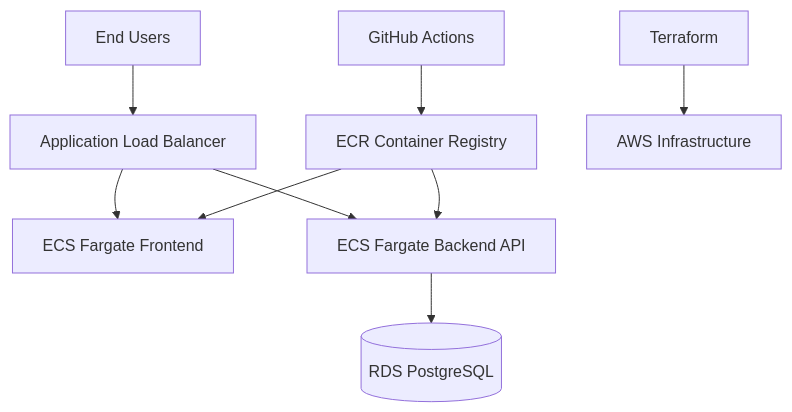
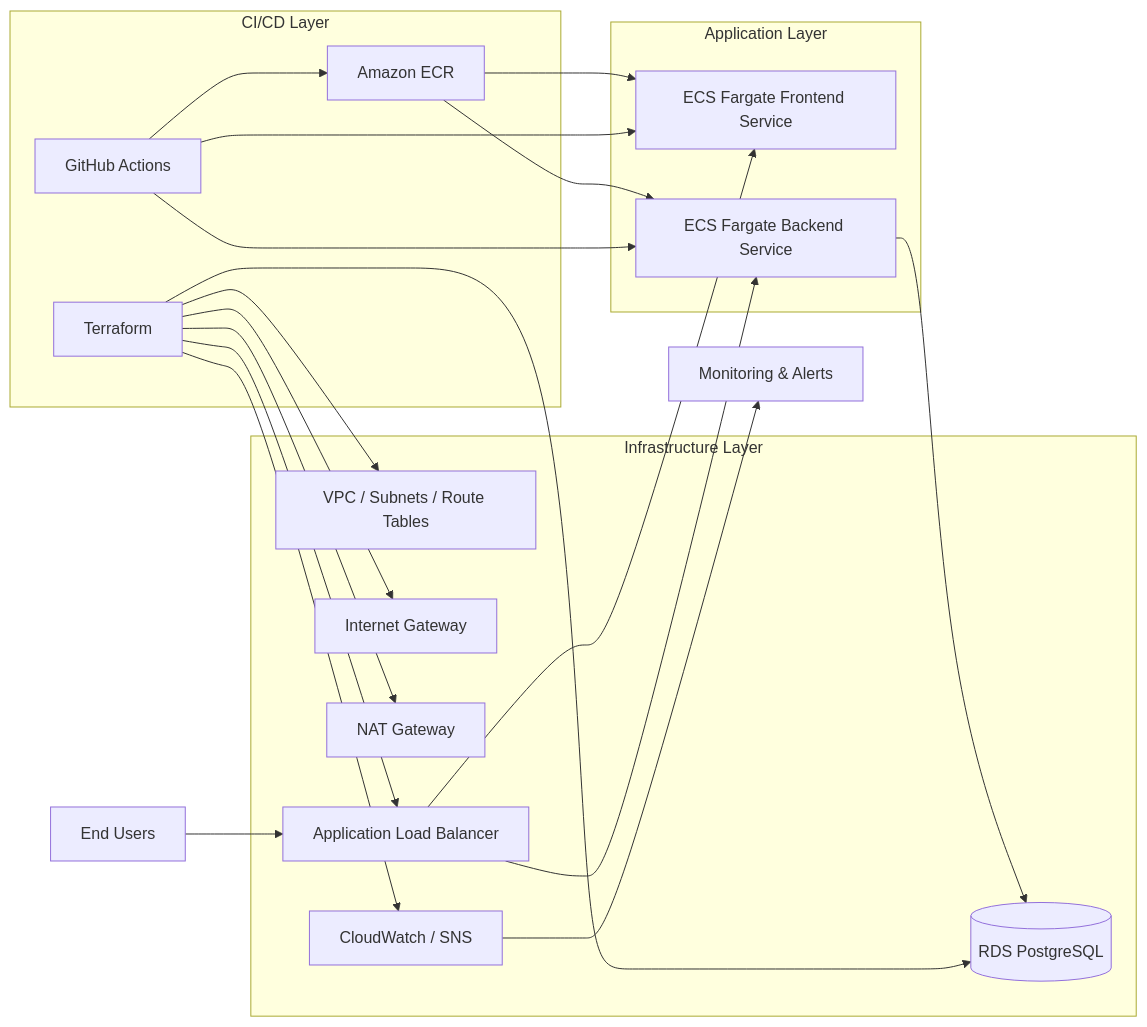
Before and after one commit to razkinbond/aws-devops-assessment: the diagram in README.md, drawn with Mermaid. The commit also changed other lines of this file and 2 other files, not shown here.

````diff
--- a/README.md
+++ b/README.md
@@ -23,11 +25,39 @@
 ```mermaid
-flowchart TD
-    User[End Users] --> ALB[Application Load Balancer]
-    ALB --> Frontend[ECS Fargate Frontend]
-    ALB --> Backend[ECS Fargate Backend API]
-    Backend --> RDS[(RDS PostgreSQL)]
-    GitHub[GitHub Actions] --> ECR[ECR Container Registry]
+flowchart LR
+    subgraph InfrastructureLayer[Infrastructure Layer]
+        VPC[VPC / Subnets / Route Tables]
+        IGW[Internet Gateway]
+        NAT[NAT Gateway]
+        ALB[Application Load Balancer]
+        RDS[(RDS PostgreSQL)]
+        CW[CloudWatch / SNS]
+    end
+
+    subgraph ApplicationLayer[Application Layer]
+        Frontend[ECS Fargate Frontend Service]
+        Backend[ECS Fargate Backend Service]
+    end
+
+    subgraph Cdl[CI/CD Layer]
+        GH[GitHub Actions]
+        TF[Terraform]
+        ECR[Amazon ECR]
+    end
+
+    User[End Users] --> ALB
+    ALB --> Frontend
+    ALB --> Backend
+    Backend --> RDS
+    TF --> VPC
+    TF --> IGW
+    TF --> NAT
+    TF --> ALB
+    TF --> RDS
+    TF --> CW
+    GH --> ECR
     ECR --> Frontend
     ECR --> Backend
-    Terraform[Terraform] --> AWS[AWS Infrastructure]
+    GH --> Frontend
+    GH --> Backend
+    CW --> Monitoring[Monitoring & Alerts]
 ```
````
